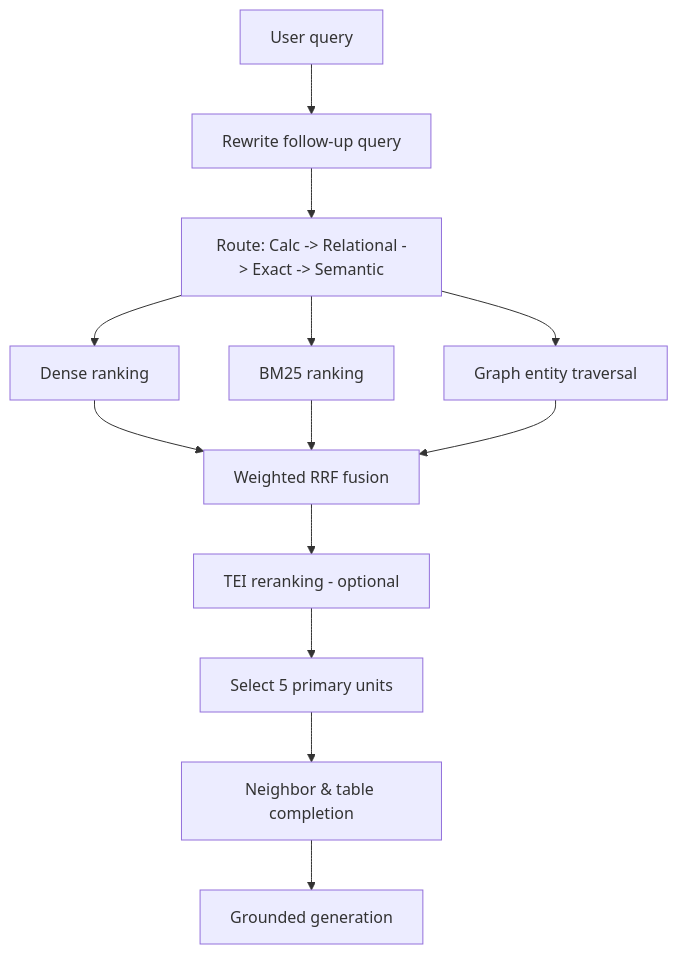
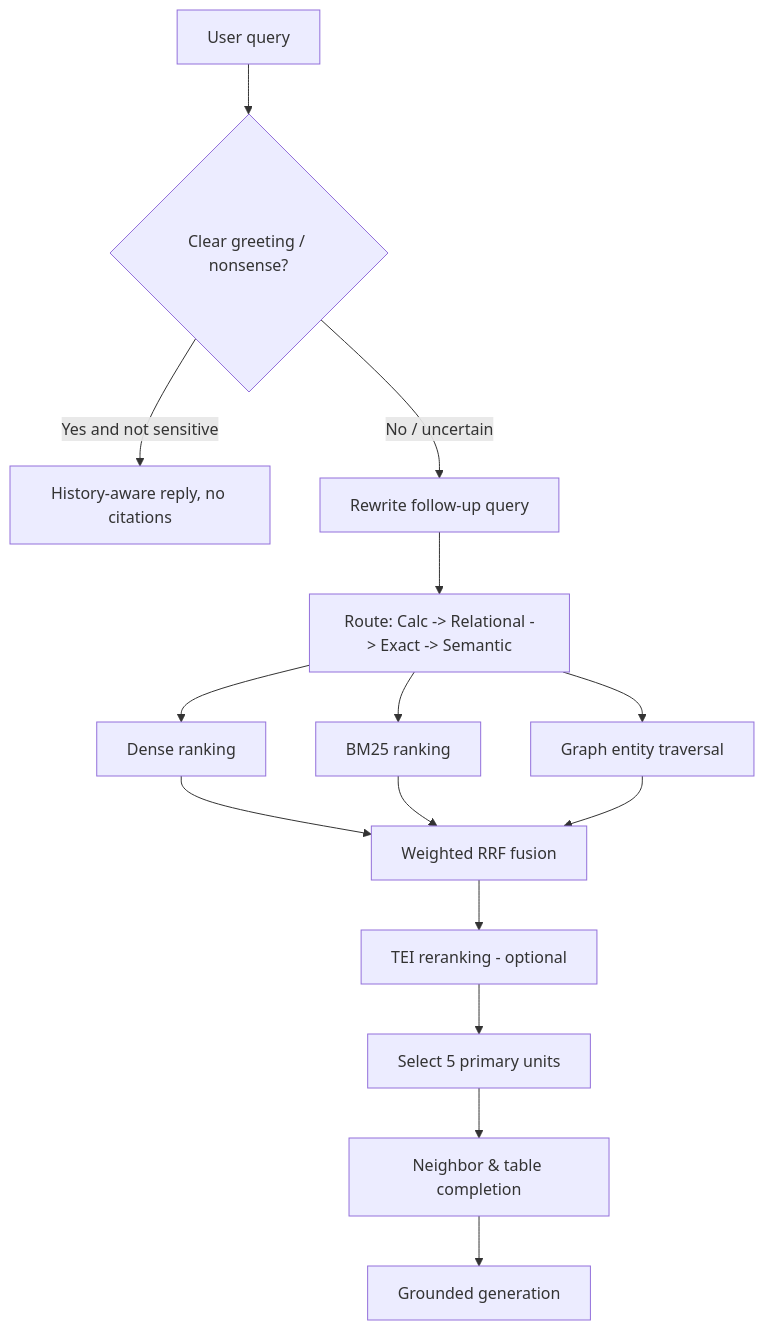
The fourth of 4 diagrams in docs/RETRIEVAL.md (OpenVie/OpenVie), drawn with Mermaid before and after one commit. The commit also changed other lines of this file and 47 other files, not shown here.

````diff
--- a/docs/RETRIEVAL.md
+++ b/docs/RETRIEVAL.md
@@ -142,15 +149,17 @@
 ```mermaid
 flowchart TD
-    Query[User query] --> Plan[Rewrite follow-up query]
+    Query[User query] --> Gate{Clear greeting / nonsense?}
+    Gate -->|Yes and not sensitive| Polite[History-aware reply, no citations]
+    Gate -->|No / uncertain| Plan[Rewrite follow-up query]
     Plan --> Route[Route: Calc -> Relational -> Exact -> Semantic]
     Route --> Dense[Dense ranking]
     Route --> Sparse[BM25 ranking]
     Route --> Graph[Graph entity traversal]
     Dense --> Fusion[Weighted RRF fusion]
     Sparse --> Fusion
     Graph --> Fusion
     Fusion --> Rerank[TEI reranking - optional]
     Rerank --> Select[Select 5 primary units]
     Select --> Neighbors[Neighbor & table completion]
     Neighbors --> Generate[Grounded generation]
 ```
````
